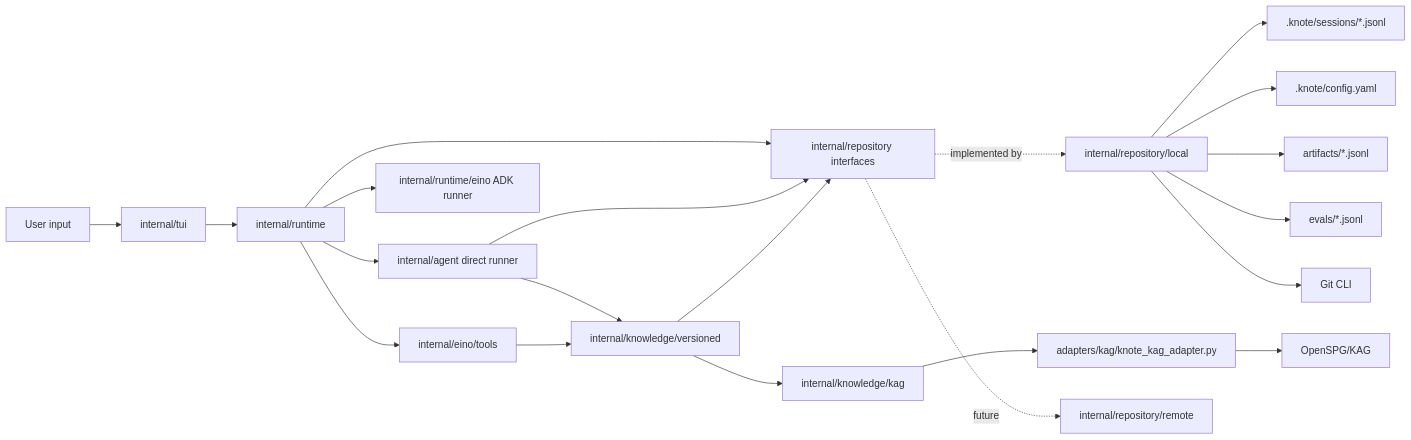
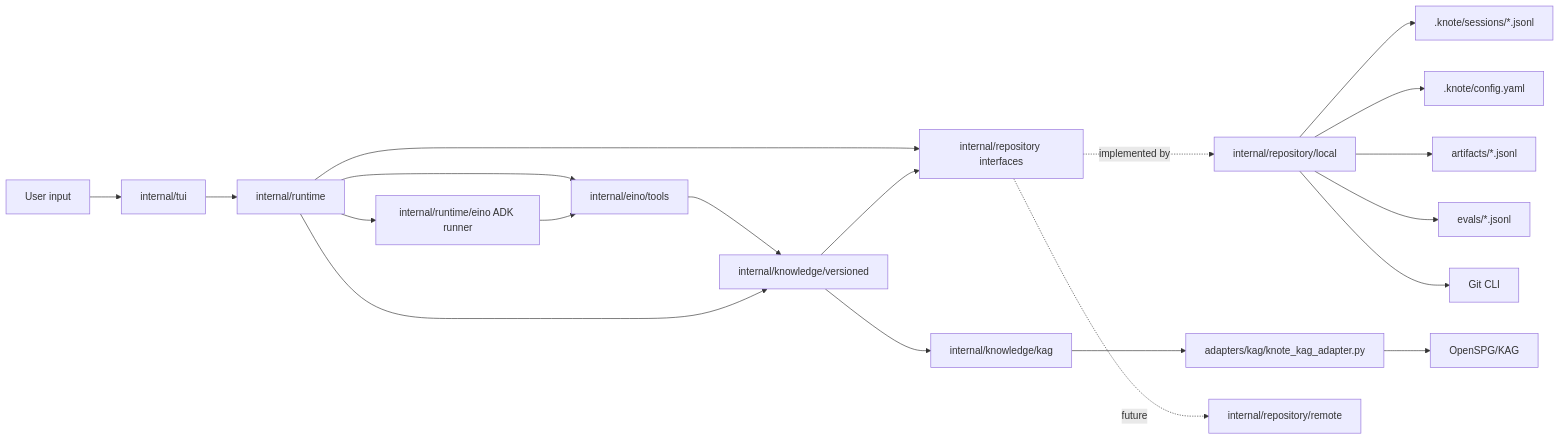
Before and after one commit to zzqDeco/knote: the diagram in doc/architecture.md, drawn with Mermaid. The commit also changed other lines of this file and 6 other files, not shown here.

Commit message:
refactor: remove direct agent

````diff
--- a/doc/architecture.md
+++ b/doc/architecture.md
@@ -20,23 +19,22 @@
 ```mermaid
 flowchart LR
   User["User input"] --> TUI["internal/tui"]
   TUI --> Runtime["internal/runtime"]
-  Runtime --> Agent["internal/agent direct runner"]
   Runtime --> EinoRunner["internal/runtime/eino ADK runner"]
   Runtime --> EinoTools["internal/eino/tools"]
   Runtime --> RepoIf["internal/repository interfaces"]
-  Agent --> RepoIf
-  Agent --> Versioned["internal/knowledge/versioned"]
+  EinoRunner --> EinoTools
   EinoTools --> Versioned
+  Runtime --> Versioned["internal/knowledge/versioned"]
   Versioned --> RepoIf
   Versioned --> Kag["internal/knowledge/kag"]
   Kag --> Adapter["adapters/kag/knote_kag_adapter.py"]
   Adapter --> OpenSPG["OpenSPG/KAG"]
   RepoIf -. implemented by .-> Local["internal/repository/local"]
   Local --> Sessions[".knote/sessions/*.jsonl"]
   Local --> Config[".knote/config.yaml"]
   Local --> Artifacts["artifacts/*.jsonl"]
   Local --> Evals["evals/*.jsonl"]
   Local --> Git["Git CLI"]
   RepoIf -. future .-> Remote["internal/repository/remote"]
 ```
````
